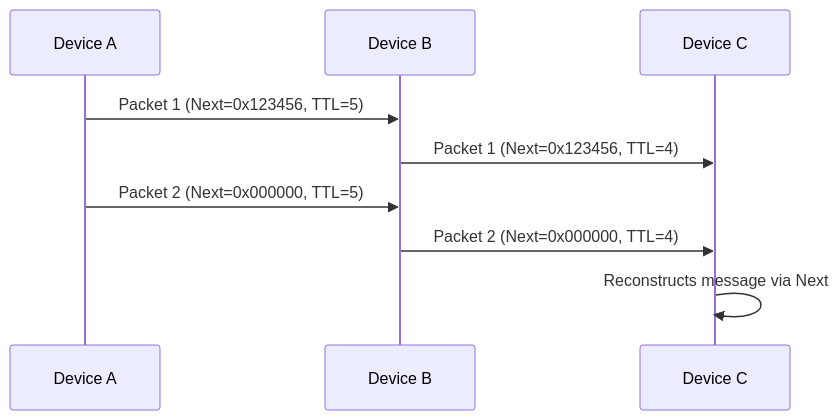
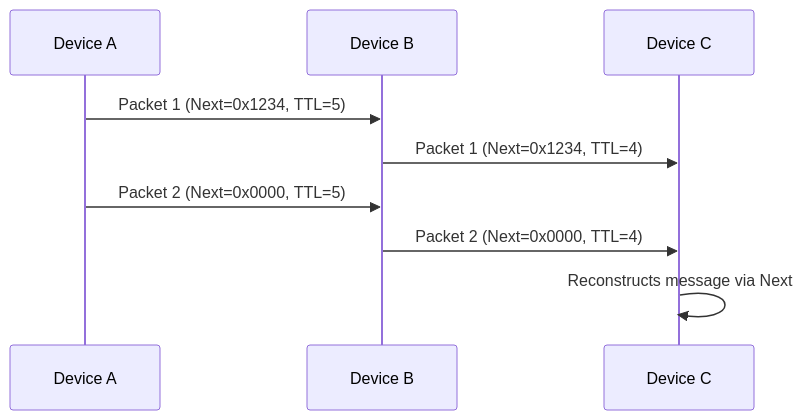
One commit to 4surix/honeybee changed the first of 3 diagrams in PROTOCOL.md. Above: the diagram before and after it, drawn with Mermaid. The commit also changed other lines of this file and 2 other files, not shown here.

Commit message:
Change structure of packet

````diff
--- a/PROTOCOL.md
+++ b/PROTOCOL.md
@@ -56,12 +54,12 @@
 ```mermaid
 sequenceDiagram
     participant A as Device A
     participant B as Device B
     participant C as Device C
 
-    A->>B: Packet 1 (Next=0x123456, TTL=5)
-    B->>C: Packet 1 (Next=0x123456, TTL=4)
-    A->>B: Packet 2 (Next=0x000000, TTL=5)
-    B->>C: Packet 2 (Next=0x000000, TTL=4)
+    A->>B: Packet 1 (Next=0x1234, TTL=5)
+    B->>C: Packet 1 (Next=0x1234, TTL=4)
+    A->>B: Packet 2 (Next=0x0000, TTL=5)
+    B->>C: Packet 2 (Next=0x0000, TTL=4)
     C->>C: Reconstructs message via Next
 ```
````
